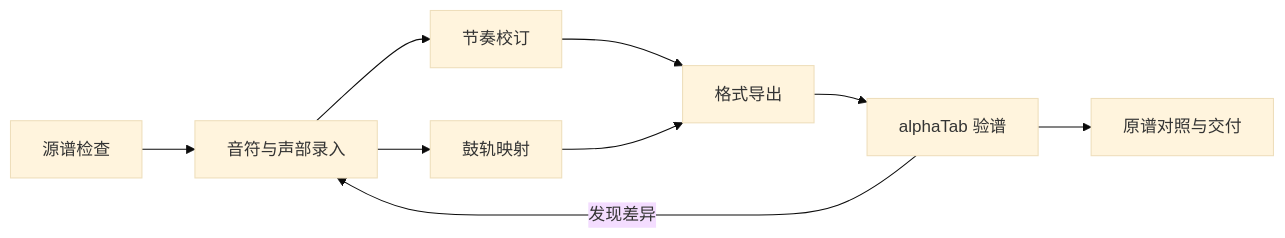
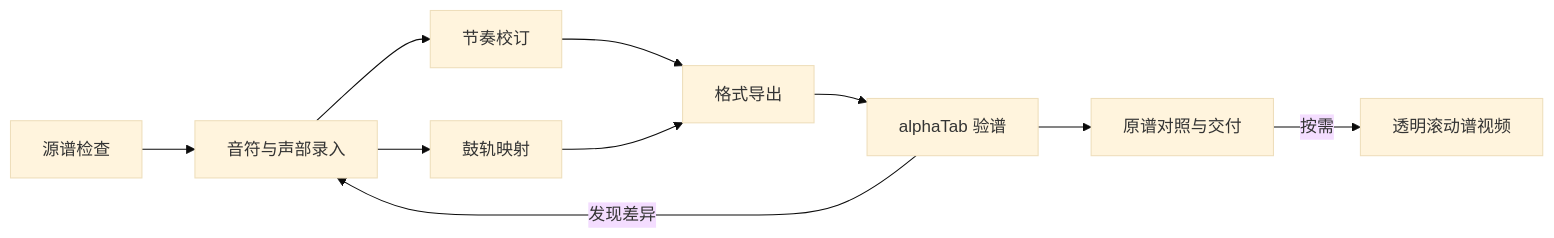
The diagram in README.md (elfgzp/guitar-pro-skills), drawn with Mermaid (base theme) before and after one commit. The commit also changed other lines of this file and 23 other files, not shown here.

````diff
--- a/README.md
+++ b/README.md
@@ -95,11 +113,12 @@
 ```mermaid
 flowchart LR
     A[源谱检查] --> B[音符与声部录入]
     B --> C[节奏校订]
     B --> D[鼓轨映射]
     C --> E[格式导出]
     D --> E
     E --> F[alphaTab 验谱]
     F --> G[原谱对照与交付]
+    G -->|按需| H[透明滚动谱视频]
     F -->|发现差异| B
 ```
````
